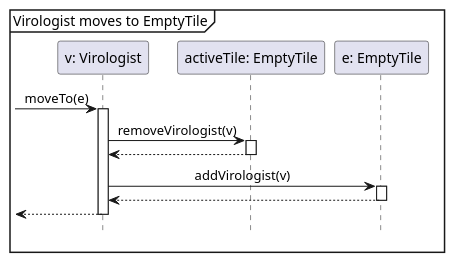
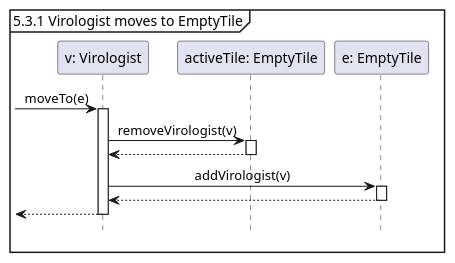
The diagram in docs/testCases/sequences/moveToEmptyTile.puml (Tschonti/503-service-unavailable), drawn with PlantUML before and after one commit. The commit also changed 3 other files, not shown here.

Commit message:
move seq diagram counting

```diff
--- a/docs/testCases/sequences/moveToEmptyTile.puml
+++ b/docs/testCases/sequences/moveToEmptyTile.puml
@@ -1,18 +1,18 @@
 @startuml
 'https://plantuml.com/sequence-diagram
 hide footbox
 skinparam sequenceMessageAlign center
 
-mainframe Virologist moves to EmptyTile
+mainframe 5.3.1 Virologist moves to EmptyTile
 
 participant "v: Virologist" as v
 participant "activeTile: EmptyTile" as t1
 participant "e: EmptyTile" as e
 
 -> v ++: moveTo(e)
     v -> t1 ++ : removeVirologist(v)
     return
     v -> e ++ : addVirologist(v)
     return
 return
 @enduml
```
